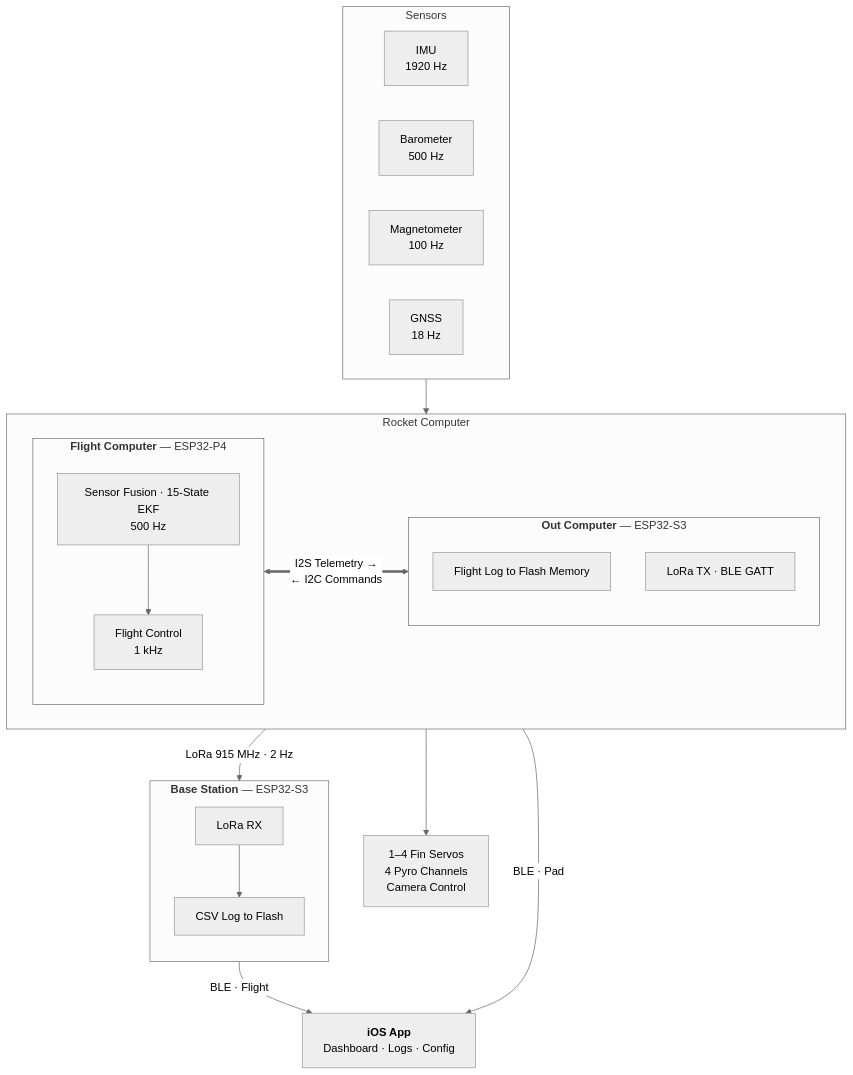
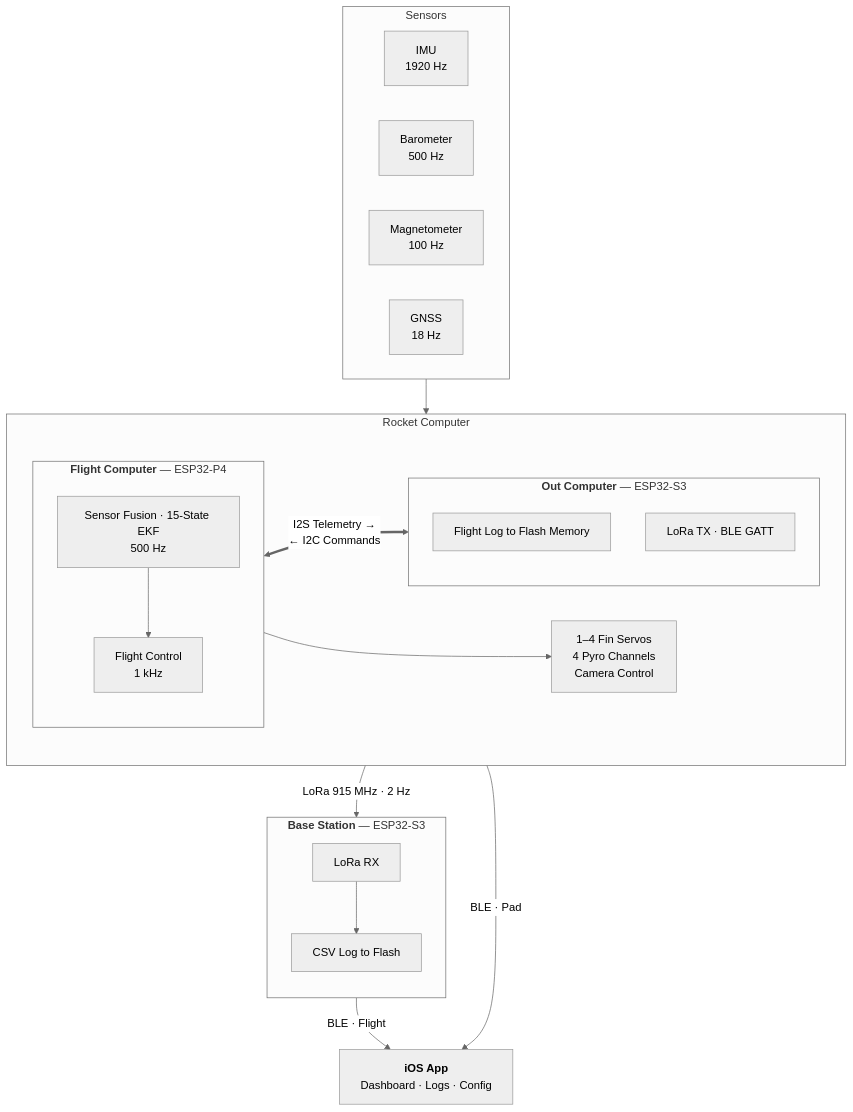
One commit to Tinkerbug-Robotics/TinkerRocket changed the diagram in README.md. Above: the diagram before and after it, drawn with Mermaid (neutral theme).

Commit message:
docs: draw the actuators from the Flight Computer, inside the board box
#609 tried to do this by moving the edge's origin from the Flight Control
node to the FC subgraph. That was a no-op: Mermaid clips an edge at the
OUTERMOST subgraph boundary it crosses, so while the actuator box sat outside
Rocket Computer the arrow was always going to be drawn leaving Rocket
Computer. Nothing about the edge itself could change that.

Moving the actuator node inside Rocket Computer leaves one boundary to cross
-- the Flight Computer's -- so the arrow now visibly comes out of the box
that drives the servos, pyro and camera.

The trade is that actuators now sit inside a box named for the board rather
than the airframe. That is the lesser wrong: the diagram's job is to show
which processor commands them, and the board/airframe distinction is not
something a reader was going to take from a box outline anyway.

````diff
--- a/README.md
+++ b/README.md
@@ -39,42 +39,42 @@
 ```mermaid
 flowchart TB
     subgraph SENSORS["Sensors"]
         direction LR
         S1["IMU<br/>1920 Hz"]
         S2["Barometer<br/>500 Hz"]
         S3["Magnetometer<br/>100 Hz"]
         S4["GNSS<br/>18 Hz"]
     end
 
     subgraph ROCKET["Rocket Computer"]
         direction LR
         subgraph FC["<b>Flight Computer</b> — ESP32-P4"]
             direction TB
             EKF["Sensor Fusion · 15-State EKF<br/>500 Hz"]
             CTRL["Flight Control<br/>1 kHz"]
             EKF --> CTRL
         end
+        OUT["1–4 Fin Servos<br/>4 Pyro Channels<br/>Camera Control"]
         subgraph OC["<b>Out Computer</b> — ESP32-S3"]
             direction TB
             LOG["Flight Log to Flash Memory"]
             RAD["LoRa TX · BLE GATT"]
         end
+        CTRL --> OUT
         FC <==>|"I2S Telemetry &rarr;<br/>&larr; I2C Commands"| OC
     end
 
     subgraph BS["<b>Base Station</b> — ESP32-S3"]
         direction TB
         RX["LoRa RX"]
         BSLOG["CSV Log to Flash"]
         RX --> BSLOG
     end
 
-    OUT["1–4 Fin Servos<br/>4 Pyro Channels<br/>Camera Control"]
     APP["<b>iOS App</b><br/>Dashboard · Logs · Config"]
 
     SENSORS --> FC
-    FC --> OUT
     RAD -->|"LoRa 915 MHz · 2 Hz"| RX
     RAD -->|"BLE · Pad"| APP
     RX -->|"BLE · Flight"| APP
 ```
````
